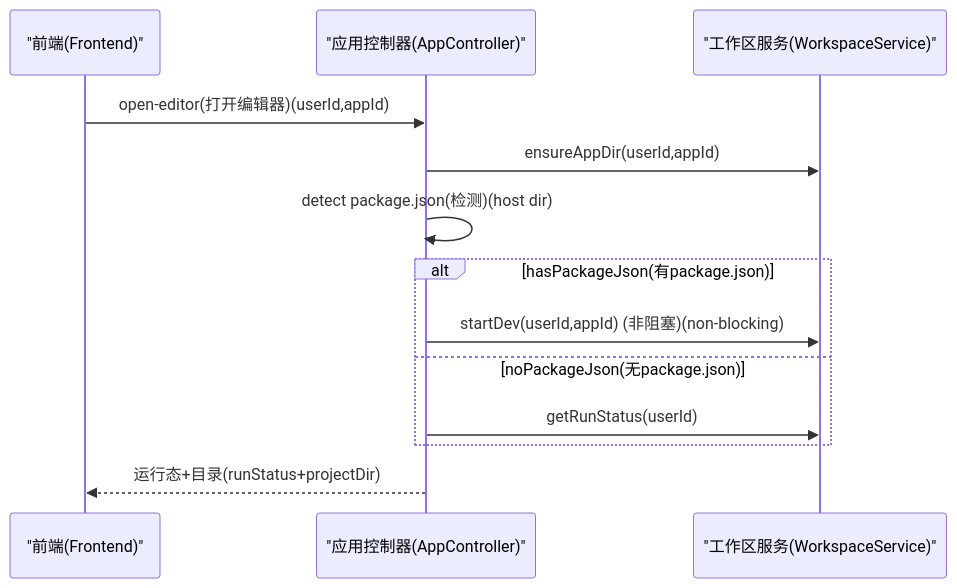
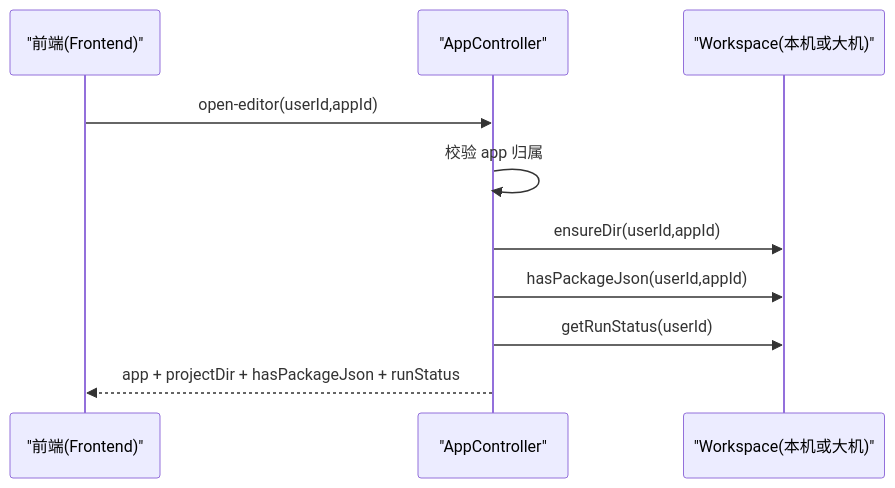
One commit to ruiAndroid/fun-ai-studio-api changed the diagram in src/main/resources/doc/domains/app/README.md. Above: the diagram before and after it, drawn with Mermaid. The commit also changed other lines of this file and 5 other files, not shown here.

````diff
--- a/src/main/resources/doc/domains/app/README.md
+++ b/src/main/resources/doc/domains/app/README.md
@@ -46,16 +100,13 @@
 ```mermaid
 sequenceDiagram
 participant FE as "前端(Frontend)"
-participant AppAPI as "应用控制器(AppController)"
-participant WS as "工作区服务(WorkspaceService)"
+participant AppAPI as "AppController"
+participant WS as "Workspace(本机或大机)"
 
-FE->>AppAPI: open-editor(打开编辑器)(userId,appId)
-AppAPI->>WS: ensureAppDir(userId,appId)
-AppAPI->>AppAPI: detect package.json(检测)(host dir)
-alt hasPackageJson(有package.json)
-  AppAPI->>WS: startDev(userId,appId) (非阻塞)(non-blocking)
-else noPackageJson(无package.json)
-  AppAPI->>WS: getRunStatus(userId)
-end
-AppAPI-->>FE: 运行态+目录(runStatus+projectDir)
+FE->>AppAPI: open-editor(userId,appId)
+AppAPI->>AppAPI: 校验 app 归属
+AppAPI->>WS: ensureDir(userId,appId)
+AppAPI->>WS: hasPackageJson(userId,appId)
+AppAPI->>WS: getRunStatus(userId)
+AppAPI-->>FE: app + projectDir + hasPackageJson + runStatus
 ```
````
